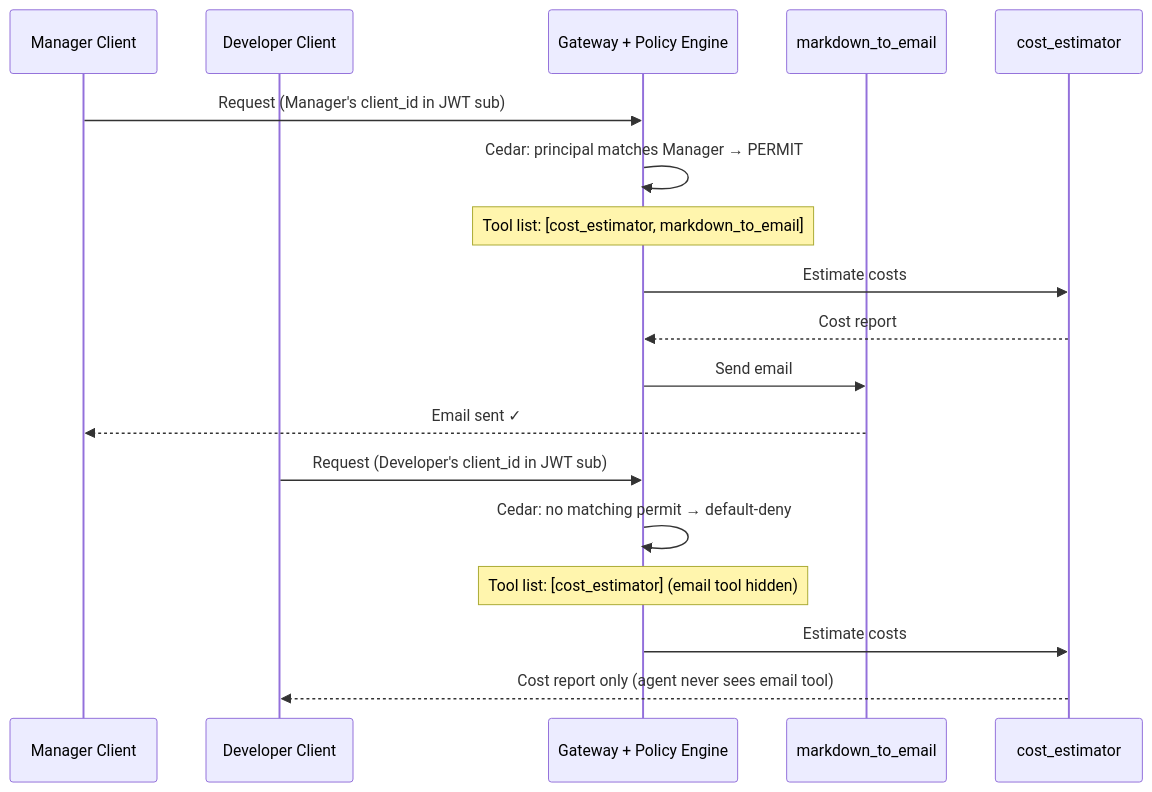
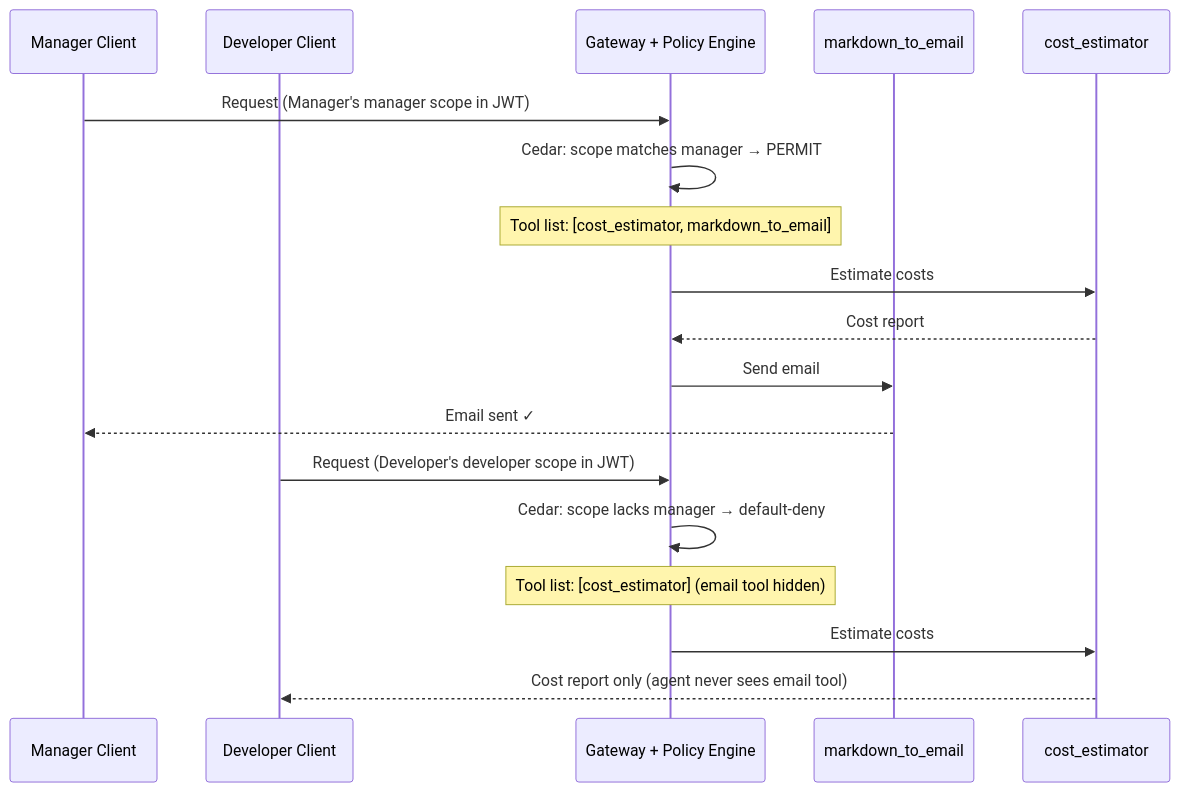
Before and after one commit to aws-samples/sample-amazon-bedrock-agentcore-onboarding: the diagram in 08_policy/README.md, drawn with Mermaid. The commit also changed other lines of this file and 4 other files, not shown here.

First line of the commit message:
Migrate Cedar policy from principal-based to scope-based role matching

````diff
--- a/08_policy/README.md
+++ b/08_policy/README.md
@@ -113,22 +97,22 @@
 ```mermaid
 sequenceDiagram
     participant M as Manager Client
     participant D as Developer Client
     participant GW as Gateway + Policy Engine
     participant Tool as markdown_to_email
     participant CE as cost_estimator
 
-    M->>GW: Request (Manager's client_id in JWT sub)
-    GW->>GW: Cedar: principal matches Manager → PERMIT
+    M->>GW: Request (Manager's manager scope in JWT)
+    GW->>GW: Cedar: scope matches manager → PERMIT
     Note over GW: Tool list: [cost_estimator, markdown_to_email]
     GW->>CE: Estimate costs
     CE-->>GW: Cost report
     GW->>Tool: Send email
     Tool-->>M: Email sent ✓
 
-    D->>GW: Request (Developer's client_id in JWT sub)
-    GW->>GW: Cedar: no matching permit → default-deny
+    D->>GW: Request (Developer's developer scope in JWT)
+    GW->>GW: Cedar: scope lacks manager → default-deny
     Note over GW: Tool list: [cost_estimator] (email tool hidden)
     GW->>CE: Estimate costs
     CE-->>D: Cost report only (agent never sees email tool)
 ```
````
